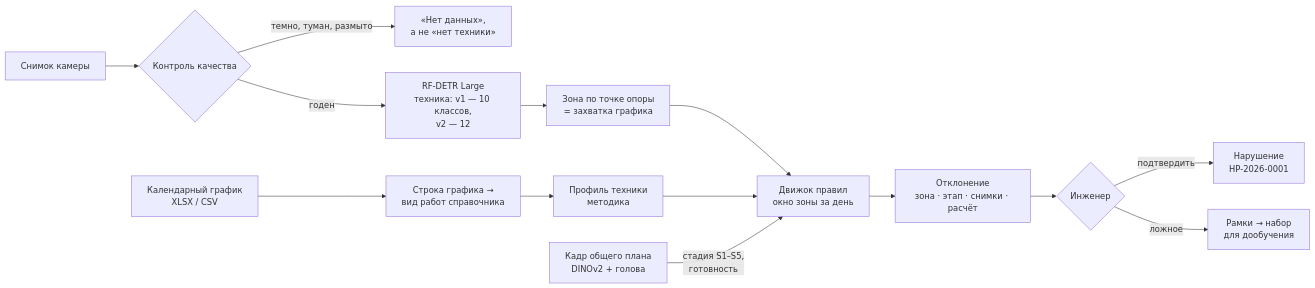
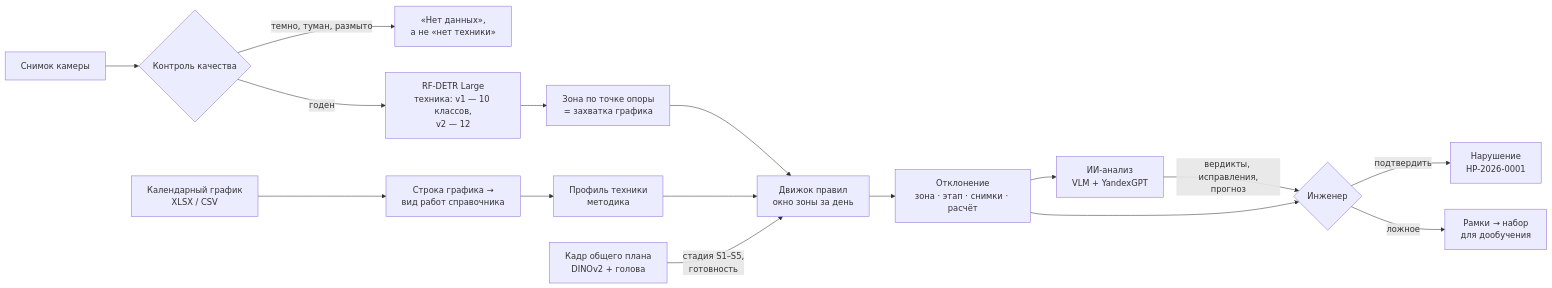
Before and after one commit to Antonoof/Intelligent-construction-site-monitoring-system: the diagram in oko-README.md, drawn with Mermaid. The commit also changed other lines of this file and 45 other files, not shown here.

Commit message:
add yandex gpt to analyze

````diff
--- a/oko-README.md
+++ b/oko-README.md
@@ -33,16 +34,18 @@
 ```mermaid
 flowchart LR
     S[Снимок камеры] --> Q{Контроль качества}
     Q -->|темно, туман, размыто| ND[«Нет данных»,<br/>а не «нет техники»]
     Q -->|годен| D[RF-DETR Large<br/>техника: v1 — 10 классов,<br/>v2 — 12]
     D --> Z[Зона по точке опоры<br/>= захватка графика]
     G[Календарный график<br/>XLSX / CSV] --> W[Строка графика →<br/>вид работ справочника]
     W --> P[Профиль техники<br/>методика]
     Z --> E[Движок правил<br/>окно зоны за день]
     P --> E
     O[Кадр общего плана<br/>DINOv2 + голова] -->|стадия S1–S5,<br/>готовность| E
     E --> DEV[Отклонение<br/>зона · этап · снимки · расчёт]
+    DEV --> AI[ИИ-анализ<br/>VLM + YandexGPT]
+    AI -->|вердикты, исправления,<br/>прогноз| R
     DEV --> R{Инженер}
     R -->|подтвердить| V[Нарушение<br/>НР-2026-0001]
     R -->|ложное| F[Рамки → набор<br/>для дообучения]
 ```
````
